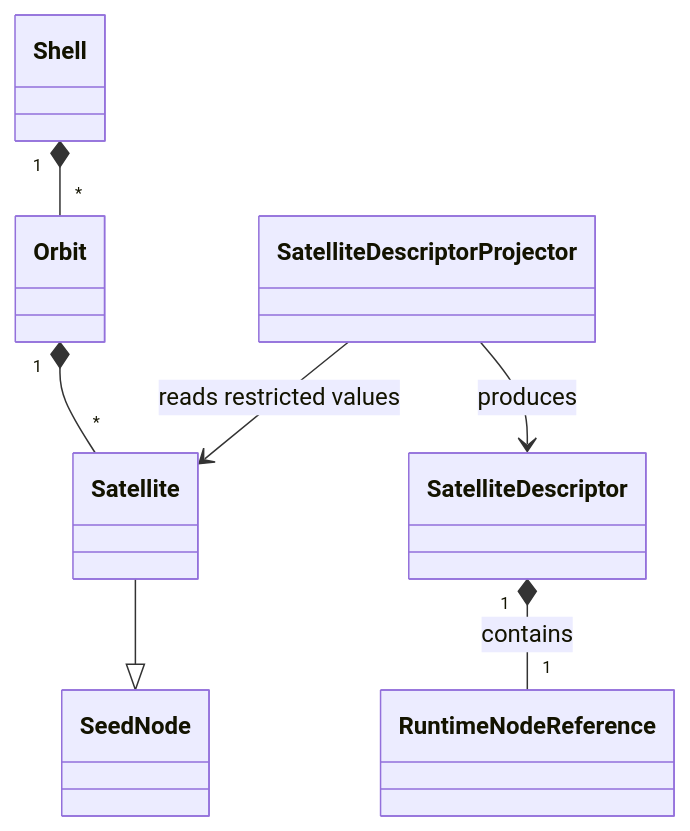
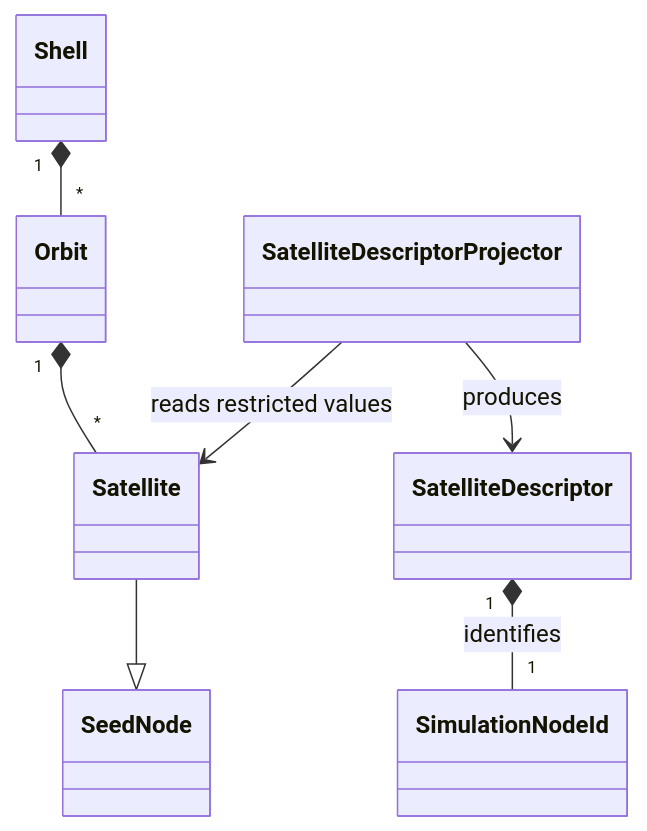
The sixth of 9 diagrams in skyseed_v2/docs/architecture/diagrams.md (seed-labs/skyseed), drawn with Mermaid before and after one commit. The commit also changed other lines of this file and 27 other files, not shown here.

Commit message:
Replace runtime references with logical simulation IDs

````diff
--- a/skyseed_v2/docs/architecture/diagrams.md
+++ b/skyseed_v2/docs/architecture/diagrams.md
@@ -140,17 +140,17 @@
 ```mermaid
 classDiagram
     class Shell
     class Orbit
     class Satellite
     class SeedNode
     class SatelliteDescriptorProjector
     class SatelliteDescriptor
-    class RuntimeNodeReference
+    class SimulationNodeId
 
     Shell "1" *-- "*" Orbit
     Orbit "1" *-- "*" Satellite
     Satellite --|> SeedNode
     SatelliteDescriptorProjector --> Satellite : reads restricted values
     SatelliteDescriptorProjector --> SatelliteDescriptor : produces
-    SatelliteDescriptor "1" *-- "1" RuntimeNodeReference : contains
+    SatelliteDescriptor "1" *-- "1" SimulationNodeId : identifies
 ```
````
